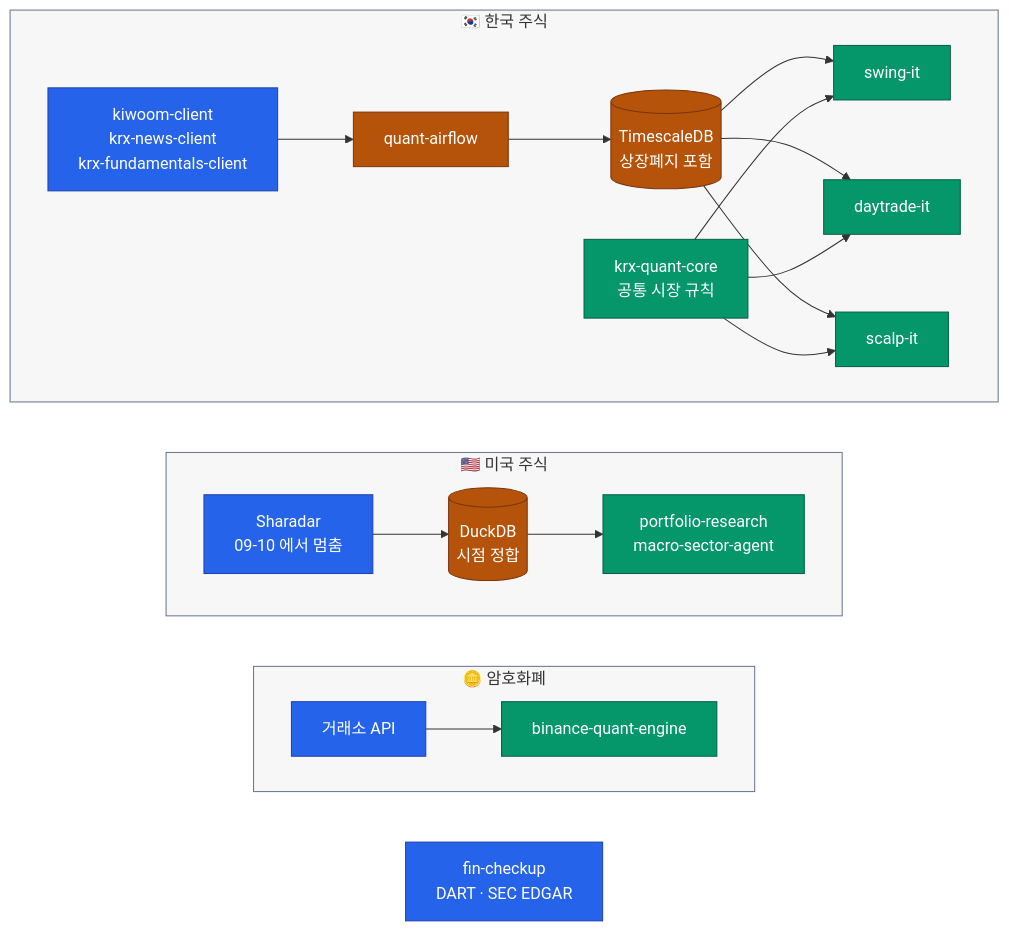
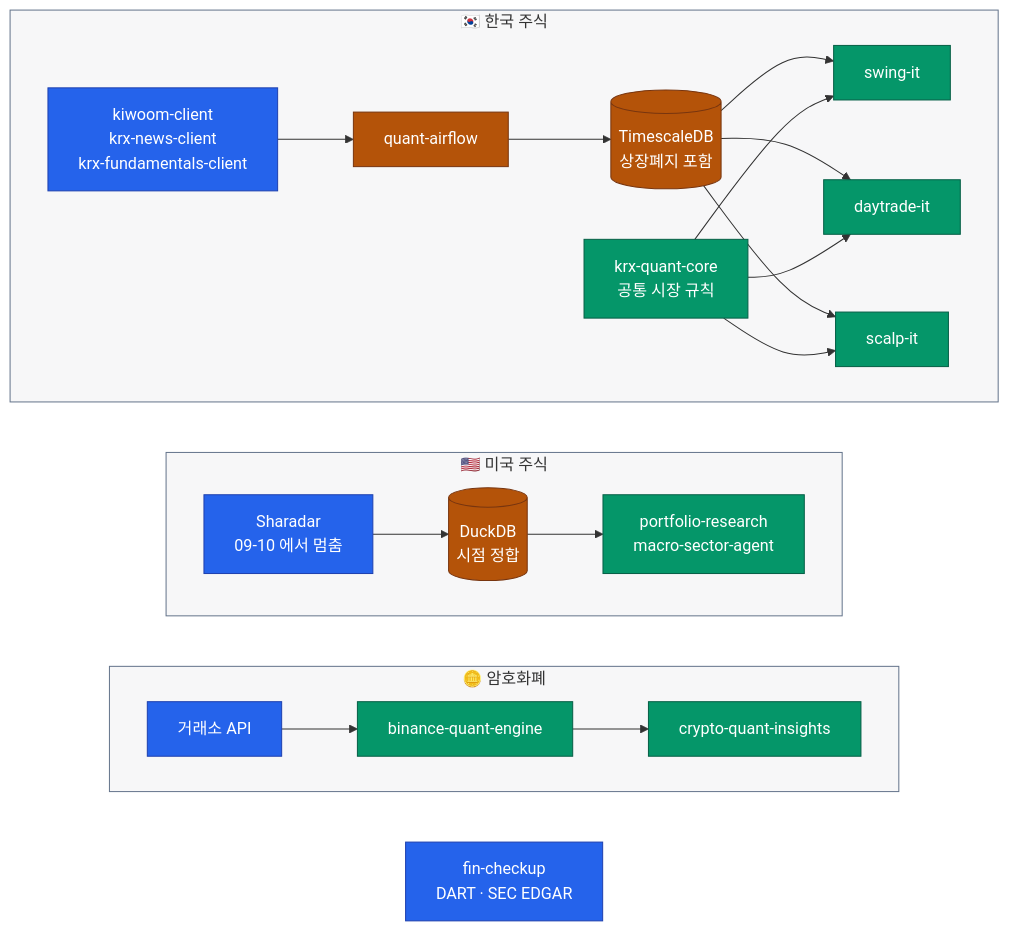
Before and after one commit to younghwan91/younghwan91: the diagram in README.ko.md, drawn with Mermaid. The commit also changed other lines of this file and 1 other file, not shown here.

Commit message:
docs(readme): 삭제된 momentum 레포를 빼고 crypto-quant-insights 를 추가한다
GitHub 레포 목록과 대조 — README 에 적힌 레포 중 momentum 은 더 이상 없고,
공개 레포 crypto-quant-insights 는 빠져 있었다. 나머지 18개는 전부 존재한다.

````diff
--- a/README.ko.md
+++ b/README.ko.md
@@ -21,37 +21,37 @@
 ```mermaid
 flowchart TB
     subgraph KR ["🇰🇷 한국 주식"]
         direction LR
         SRC["kiwoom-client<br/>krx-news-client<br/>krx-fundamentals-client"] --> AF["quant-airflow"] --> DB[("TimescaleDB<br/>상장폐지 포함")]
         DB --> SW["swing-it"]
         DB --> DT["daytrade-it"]
         DB --> SC["scalp-it"]
         KC["krx-quant-core<br/>공통 시장 규칙"] --> SW & DT & SC
     end
 
     subgraph US ["🇺🇸 미국 주식"]
         direction LR
         SH["Sharadar<br/>09-10 에서 멈춤"] --> DD[("DuckDB<br/>시점 정합")] --> PR["portfolio-research<br/>macro-sector-agent"]
     end
 
     subgraph CX ["🪙 암호화폐"]
         direction LR
-        EX["거래소 API"] --> CR["binance-quant-engine"]
+        EX["거래소 API"] --> CR["binance-quant-engine"] --> CI["crypto-quant-insights"]
     end
 
     FC["fin-checkup<br/>DART · SEC EDGAR"]
 
     KR ~~~ US ~~~ CX ~~~ FC
 
     classDef source fill:#2563EB,stroke:#1E40AF,color:#FFFFFF
     classDef move   fill:#B45309,stroke:#78350F,color:#FFFFFF
     classDef out    fill:#059669,stroke:#065F46,color:#FFFFFF
 
     class SRC,SH,EX,FC source
     class AF,DB,DD move
-    class SW,DT,SC,KC,PR,CR out
+    class SW,DT,SC,KC,PR,CR,CI out
 
     style KR fill:#0F172A08,stroke:#64748B
     style US fill:#0F172A08,stroke:#64748B
     style CX fill:#0F172A08,stroke:#64748B
 ```
````
